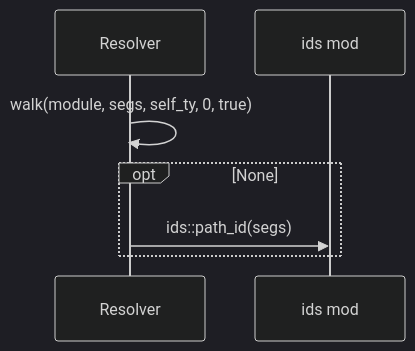
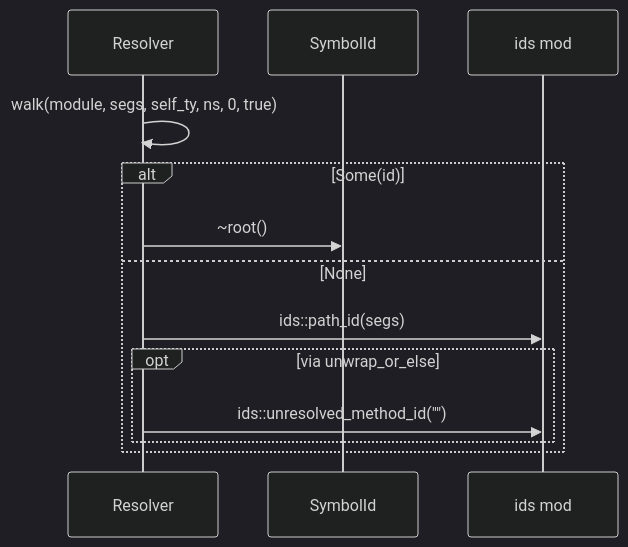
The ninth of 22 diagrams in docs/sealmap/crates/sealmap-rust/src/resolve.rs.md (DreamLab-AI/codemaid), drawn with Mermaid (dark theme) before and after one commit. The commit also changed other lines of this file and 45 other files, not shown here.

First line of the commit message:
docs: regenerate the self-corpus for sym: ids and schema v2

````diff
--- a/docs/sealmap/crates/sealmap-rust/src/resolve.rs.md
+++ b/docs/sealmap/crates/sealmap-rust/src/resolve.rs.md
@@ -293,9 +355,15 @@
 ```mermaid
 sequenceDiagram
-  participant sealmap_rust__resolve__Resolver as Resolver
+  participant sealmap_rust__resolve___tResolver as Resolver
+  participant sealmap_model__sym___tSymbolId as SymbolId
   participant sealmap_frontend__ids as ids mod
-  sealmap_rust__resolve__Resolver->>sealmap_rust__resolve__Resolver: walk(module, segs, self_ty, 0, true)
-  opt None
-    sealmap_rust__resolve__Resolver->>sealmap_frontend__ids: ids::path_id(segs)
+  sealmap_rust__resolve___tResolver->>sealmap_rust__resolve___tResolver: walk(module, segs, self_ty, ns, 0, true)
+  alt Some(id)
+    sealmap_rust__resolve___tResolver->>sealmap_model__sym___tSymbolId: ~root()
+  else None
+    sealmap_rust__resolve___tResolver->>sealmap_frontend__ids: ids::path_id(segs)
+    opt via unwrap_or_else
+      sealmap_rust__resolve___tResolver->>sealmap_frontend__ids: ids::unresolved_method_id(#quot;#quot;)
+    end
   end
 ```
````
